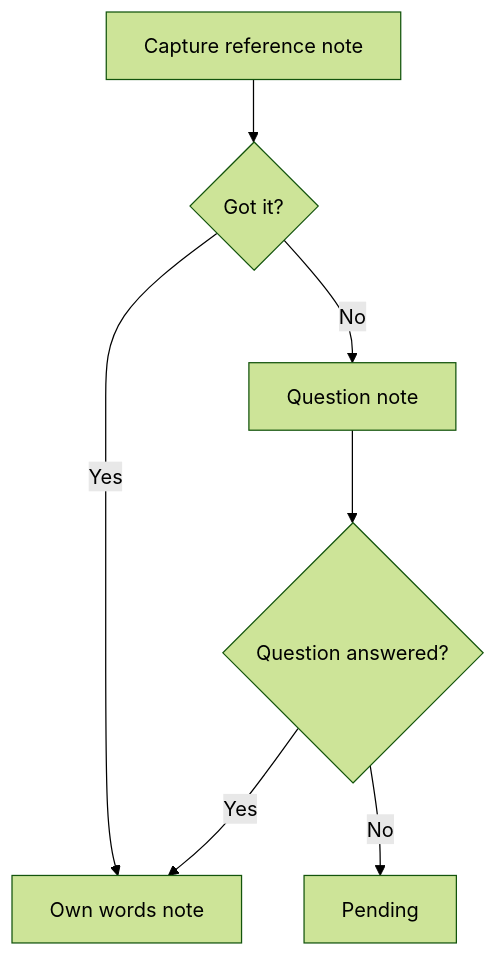
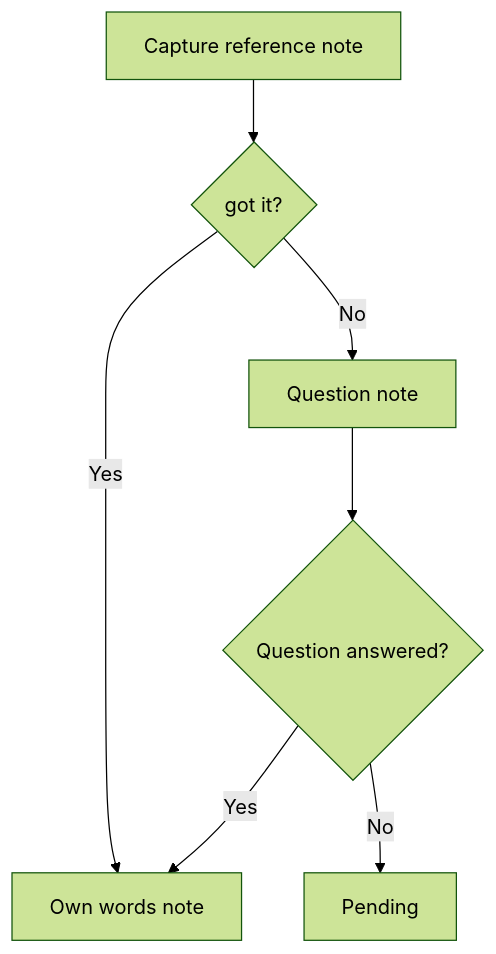
One commit to VeronicaTeodorof/got_it changed the diagram in RESEARCH.md. Above: the diagram before and after it, drawn with Mermaid (forest theme). The commit also changed other lines of this file and 1 other file, not shown here.

Commit message:
docs: add design decisions and updated workflow diagram

````diff
--- a/RESEARCH.md
+++ b/RESEARCH.md
@@ -21,9 +21,9 @@
 ```mermaid
 graph TD
-    A[Capture reference note] --> B{Got it?}
+    A[Capture reference note] --> B{got it?}
     B -->|Yes| C[Own words note]
     B -->|No| D[Question note]
     D --> F{Question answered?}
     F -->|Yes| C
     F -->|No| G[Pending]
 ```
````
